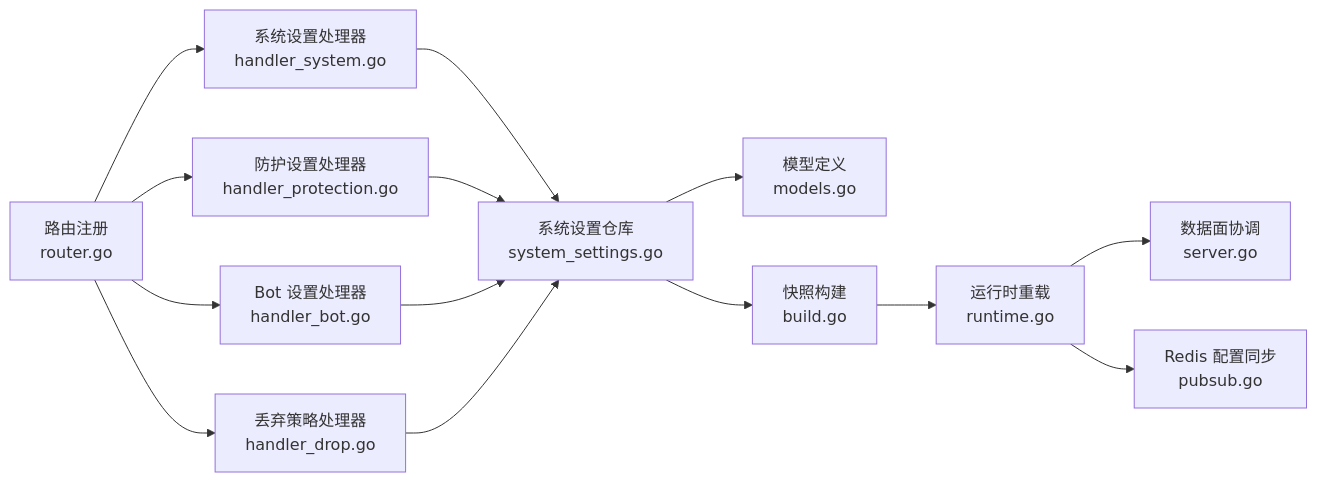
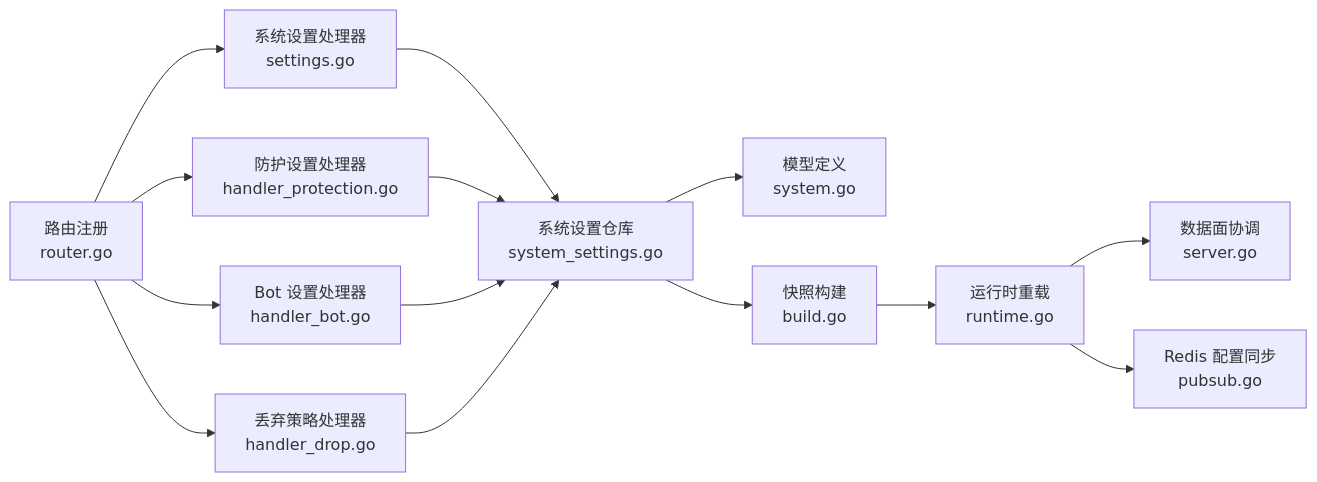
The sixth of 6 diagrams in docs/管理 API 系统/系统设置 API.md (x01n/My-OpenWaf), drawn with Mermaid before and after one commit. The commit also changed other lines of this file and 199 other files, not shown here.

````diff
--- a/docs/管理 API 系统/系统设置 API.md
+++ b/docs/管理 API 系统/系统设置 API.md
@@ -350,16 +321,16 @@
 ```mermaid
 graph LR
-A["路由注册<br/>router.go"] --> B["系统设置处理器<br/>handler_system.go"]
+A["路由注册<br/>router.go"] --> B["系统设置处理器<br/>settings.go"]
 A --> C["防护设置处理器<br/>handler_protection.go"]
 A --> D["Bot 设置处理器<br/>handler_bot.go"]
 A --> E["丢弃策略处理器<br/>handler_drop.go"]
 B --> F["系统设置仓库<br/>system_settings.go"]
 C --> F
 D --> F
 E --> F
-F --> G["模型定义<br/>models.go"]
+F --> G["模型定义<br/>system.go"]
 F --> H["快照构建<br/>build.go"]
 H --> I["运行时重载<br/>runtime.go"]
 I --> J["数据面协调<br/>server.go"]
 I --> K["Redis 配置同步<br/>pubsub.go"]
 ```
````
